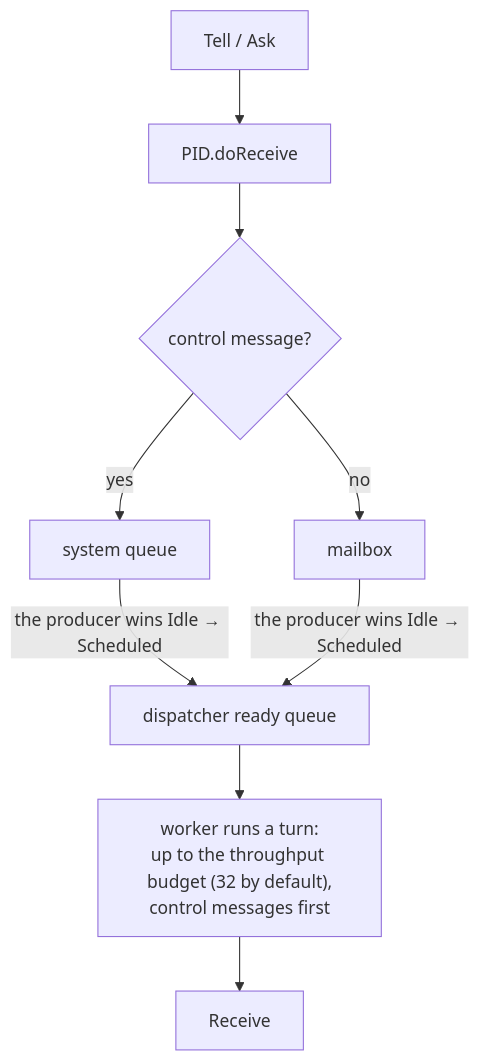
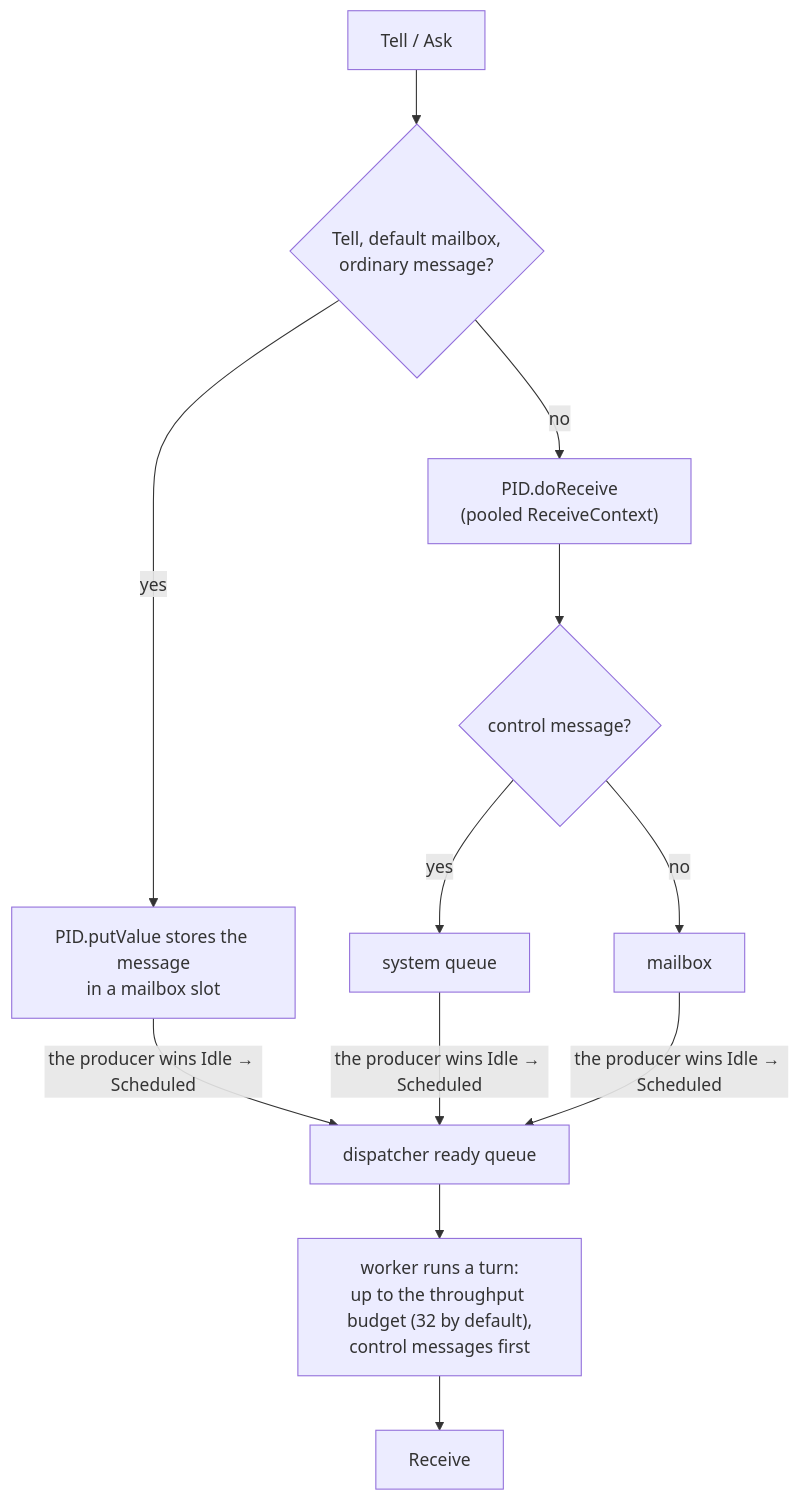
Before and after one commit to Tochemey/goakt: the third of 4 diagrams in book/architecture.md, drawn with Mermaid. The commit also changed other lines of this file and 27 other files, not shown here.

````diff
--- a/book/architecture.md
+++ b/book/architecture.md
@@ -194,11 +194,14 @@
 ```mermaid
 flowchart TD
-    Send["Tell / Ask"] --> DoReceive["PID.doReceive"]
+    Send["Tell / Ask"] --> Fast{"Tell, default mailbox,<br/>ordinary message?"}
+    Fast -->|"yes"| Put["PID.putValue stores the message<br/>in a mailbox slot"]
+    Fast -->|"no"| DoReceive["PID.doReceive<br/>(pooled ReceiveContext)"]
     DoReceive --> Control{"control message?"}
     Control -->|"yes"| SysQueue["system queue"]
     Control -->|"no"| Mailbox["mailbox"]
-    SysQueue -->|"the producer wins Idle → Scheduled"| Ready["dispatcher ready queue"]
+    Put -->|"the producer wins Idle → Scheduled"| Ready["dispatcher ready queue"]
+    SysQueue -->|"the producer wins Idle → Scheduled"| Ready
     Mailbox -->|"the producer wins Idle → Scheduled"| Ready
     Ready --> Turn["worker runs a turn:<br/>up to the throughput budget (32 by default),<br/>control messages first"]
     Turn --> Receive["Receive"]
 ```
````
